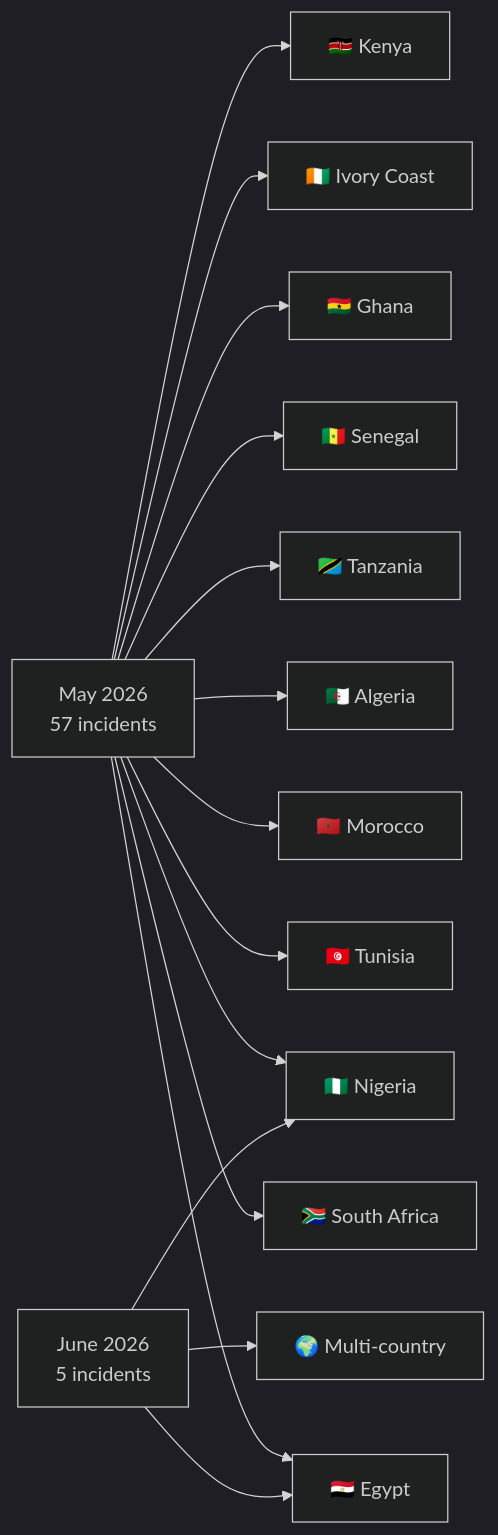
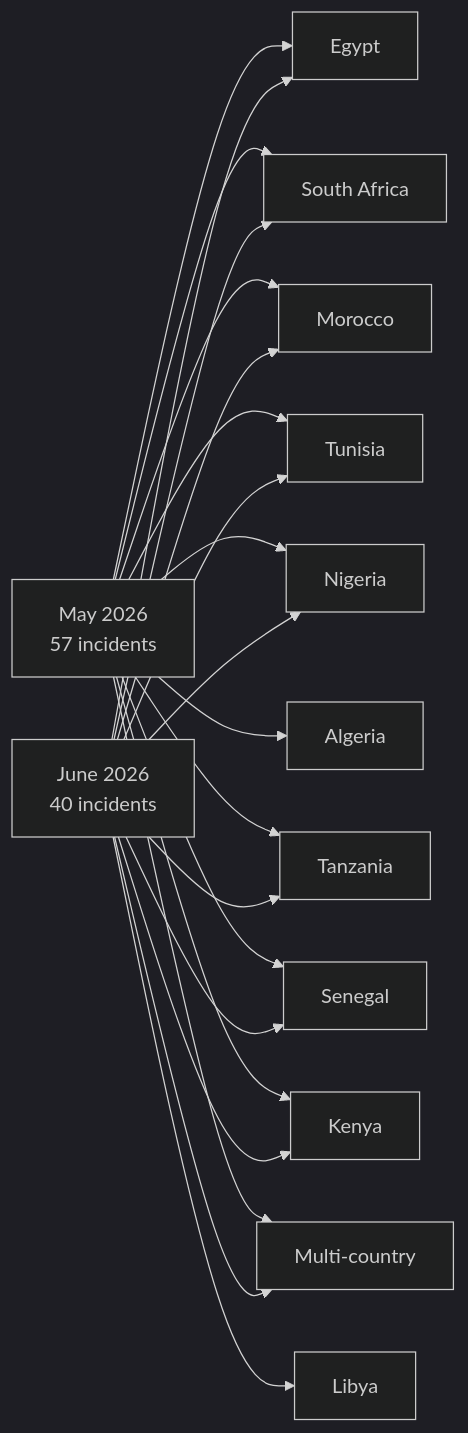
The fourth of 5 diagrams in comparison/2026/05-may-june/README.md (Hatchepsoute/AFRINTEL), drawn with Mermaid (dark theme) before and after one commit. The commit also changed other lines of this file and 18 other files, not shown here.

````diff
--- a/comparison/2026/05-may-june/README.md
+++ b/comparison/2026/05-may-june/README.md
@@ -66,35 +67,40 @@
 ```mermaid
 flowchart LR
 
 MAY["May 2026\n57 incidents"]
-JUN["June 2026\n5 incidents"]
+JUN["June 2026\n40 incidents"]
 
-EG["🇪🇬 Egypt"]
-ZA["🇿🇦 South Africa"]
-MA["🇲🇦 Morocco"]
-TN["🇹🇳 Tunisia"]
-NG["🇳🇬 Nigeria"]
-DZ["🇩🇿 Algeria"]
-TZ["🇹🇿 Tanzania"]
-SN["🇸🇳 Senegal"]
-GH["🇬🇭 Ghana"]
-CI["🇨🇮 Ivory Coast"]
-KE["🇰🇪 Kenya"]
-MULTI["🌍 Multi-country"]
+EG["Egypt"]
+ZA["South Africa"]
+MA["Morocco"]
+TN["Tunisia"]
+NG["Nigeria"]
+DZ["Algeria"]
+TZ["Tanzania"]
+SN["Senegal"]
+LY["Libya"]
+KE["Kenya"]
+MULTI["Multi-country"]
 
 MAY --> EG
 MAY --> ZA
+MAY --> MA
 MAY --> TN
-MAY --> MA
 MAY --> NG
 MAY --> DZ
 MAY --> TZ
 MAY --> SN
-MAY --> GH
-MAY --> CI
 MAY --> KE
+MAY --> MULTI
 
+JUN --> MA
+JUN --> ZA
+JUN --> NG
 JUN --> EG
-JUN --> NG
+JUN --> TN
+JUN --> LY
+JUN --> TZ
+JUN --> SN
+JUN --> KE
 JUN --> MULTI
 ```
````
